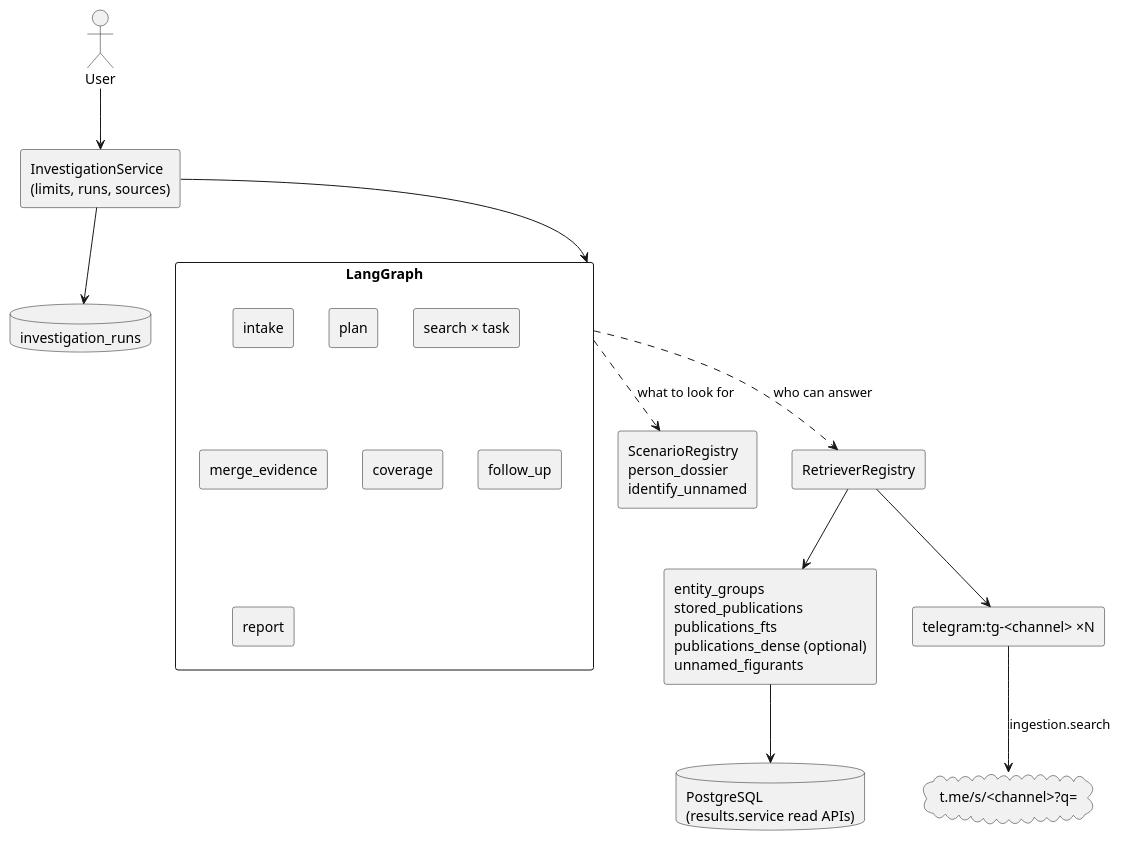
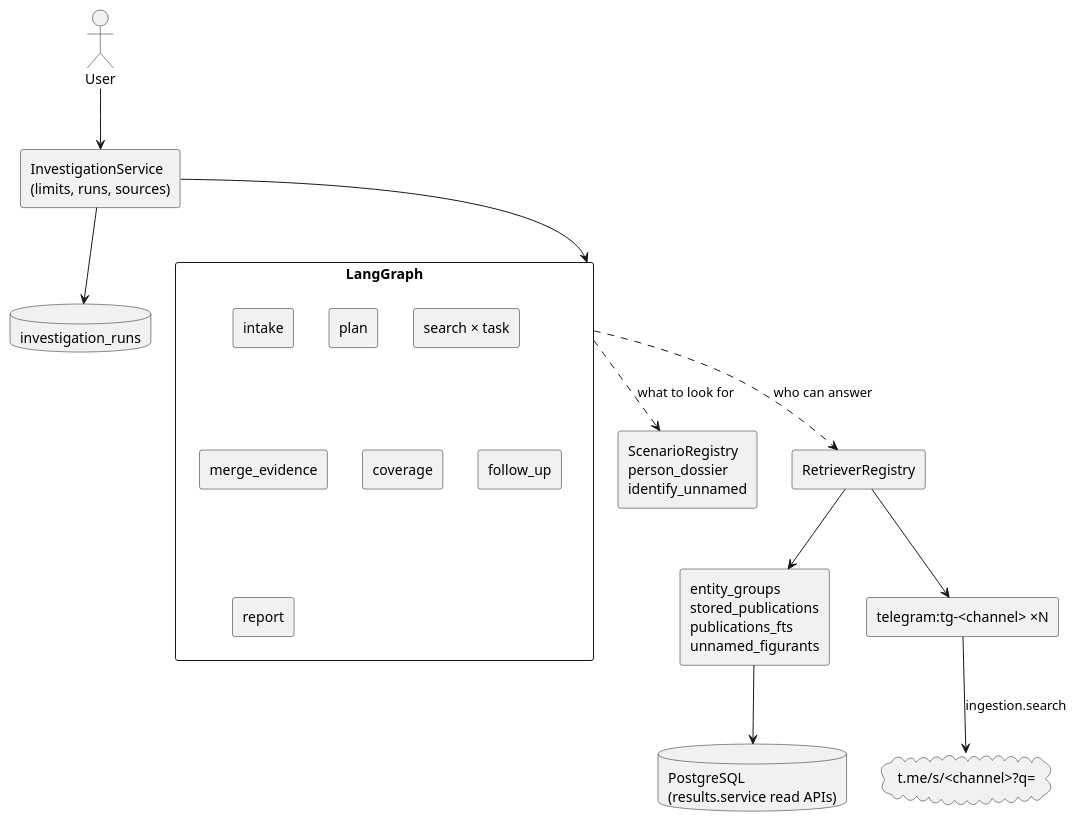
The first of 2 diagrams in docs/adr/0027-investigation-runtime-scenarios-and-retrieval.md (megannnn98/court-monitor), drawn with PlantUML before and after one commit. The commit also changed other lines of this file and 10 other files, not shown here.

````diff
--- a/docs/adr/0027-investigation-runtime-scenarios-and-retrieval.md
+++ b/docs/adr/0027-investigation-runtime-scenarios-and-retrieval.md
@@ -21,33 +28,33 @@
 ```plantuml
 @startuml
 skinparam componentStyle rectangle
 actor User as user
 component "InvestigationService\n(limits, runs, sources)" as service
 component "LangGraph" as graph {
   component intake
   component plan
   component "search × task" as search
   component merge_evidence
   component coverage
   component follow_up
   component report
 }
 component "ScenarioRegistry\nperson_dossier\nidentify_unnamed" as scenarios
 component "RetrieverRegistry" as registry
-component "entity_groups\nstored_publications\npublications_fts\npublications_dense (optional)\nunnamed_figurants" as local
+component "entity_groups\nstored_publications\npublications_fts\nunnamed_figurants" as local
 component "telegram:tg-<channel> ×N" as outside
 database "PostgreSQL\n(results.service read APIs)" as db
 cloud "t.me/s/<channel>?q=" as tme
 database "investigation_runs" as runs
 
 user --> service
 service --> graph
 graph ..> scenarios : what to look for
 graph ..> registry : who can answer
 registry --> local
 registry --> outside
 local --> db
 outside --> tme : ingestion.search
 service --> runs
 @enduml
 ```
````
